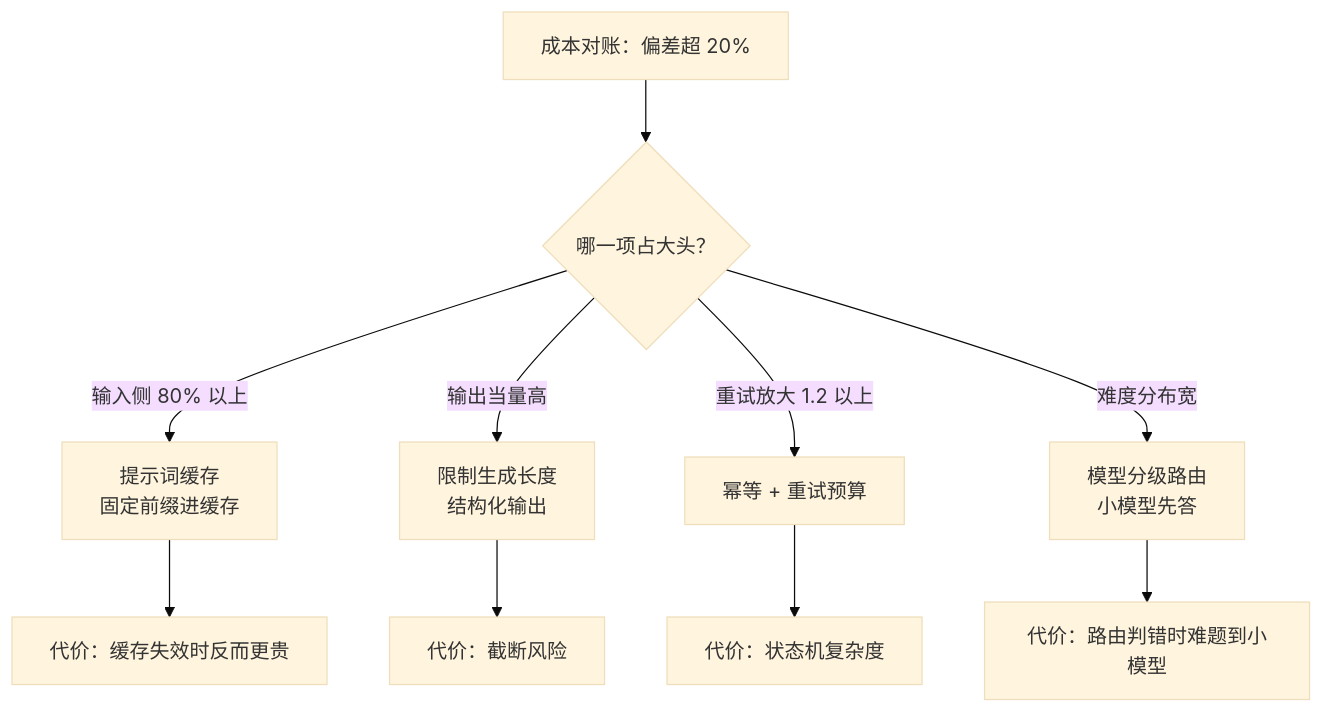
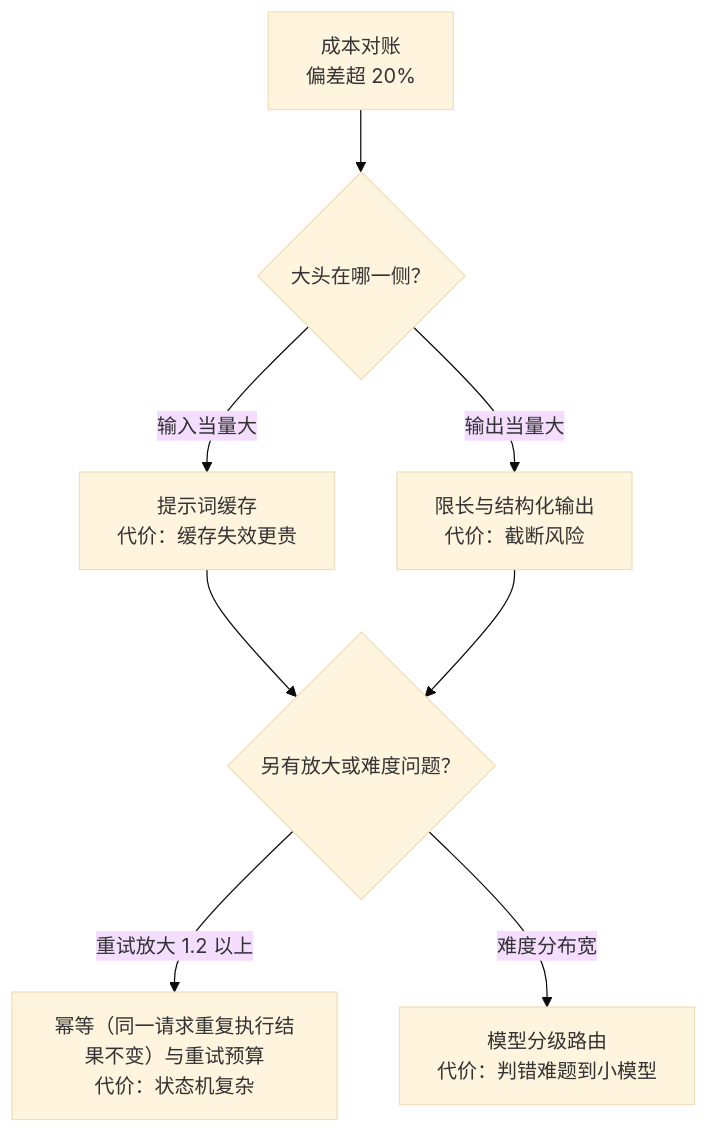
Before and after one commit to hub138/technical-knowledge: the second of 3 diagrams in vault/工程知识/AI 系统工程：从模型能力到生产能力/推理服务与平台/推理服务的单位请求成本从token定价推出来.md, drawn with Mermaid (base theme). The commit also changed other lines of this file and 622 other files, not shown here.

````diff
--- a/vault/工程知识/AI 系统工程：从模型能力到生产能力/推理服务与平台/推理服务的单位请求成本从token定价推出来.md
+++ b/vault/工程知识/AI 系统工程：从模型能力到生产能力/推理服务与平台/推理服务的单位请求成本从token定价推出来.md
@@ -62,12 +83,10 @@
 ```mermaid
 flowchart TD
-    Q["成本对账：偏差超 20%"] --> R{"哪一项占大头？"}
-    R -->|"输入侧 80% 以上"| A["提示词缓存<br/>固定前缀进缓存"]
-    R -->|"输出当量高"| B["限制生成长度<br/>结构化输出"]
-    R -->|"重试放大 1.2 以上"| C["幂等 + 重试预算"]
-    R -->|"难度分布宽"| D["模型分级路由<br/>小模型先答"]
-    A --> E["代价：缓存失效时反而更贵"]
-    B --> F["代价：截断风险"]
-    C --> G["代价：状态机复杂度"]
-    D --> H["代价：路由判错时难题到小模型"]
+    Q["成本对账<br/>偏差超 20%"] --> R{"大头在哪一侧？"}
+    R -->|"输入当量大"| A["提示词缓存<br/>代价：缓存失效更贵"]
+    R -->|"输出当量大"| B["限长与结构化输出<br/>代价：截断风险"]
+    A --> S{"另有放大或难度问题？"}
+    B --> S
+    S -->|"重试放大 1.2 以上"| C["幂等（同一请求重复执行结果不变）与重试预算<br/>代价：状态机复杂"]
+    S -->|"难度分布宽"| D["模型分级路由<br/>代价：判错难题到小模型"]
 ```
````
